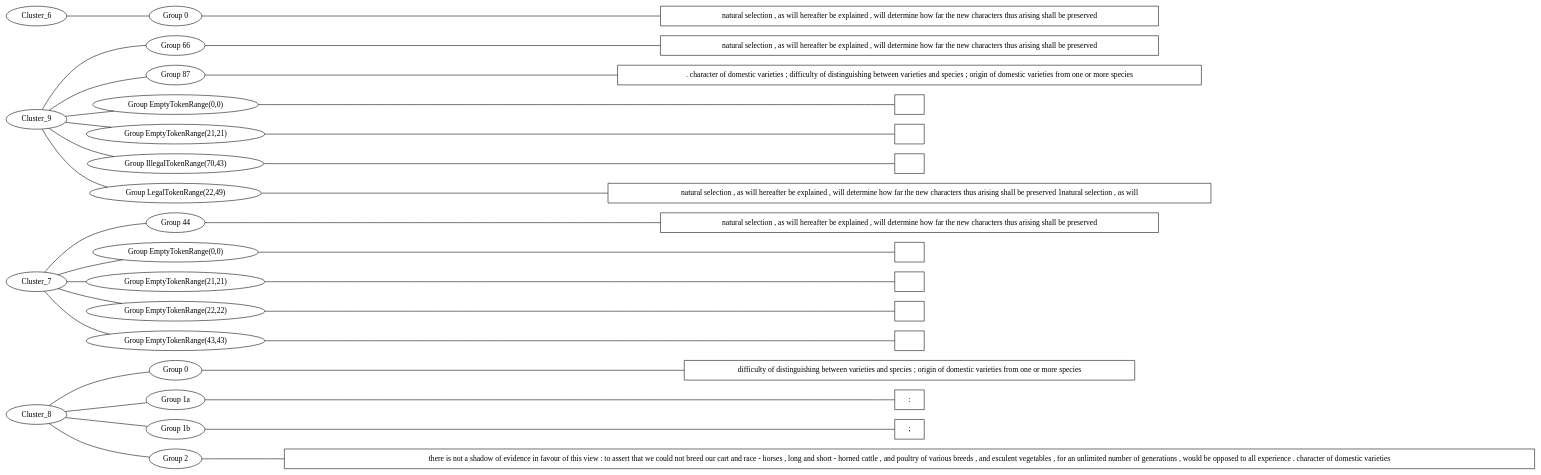
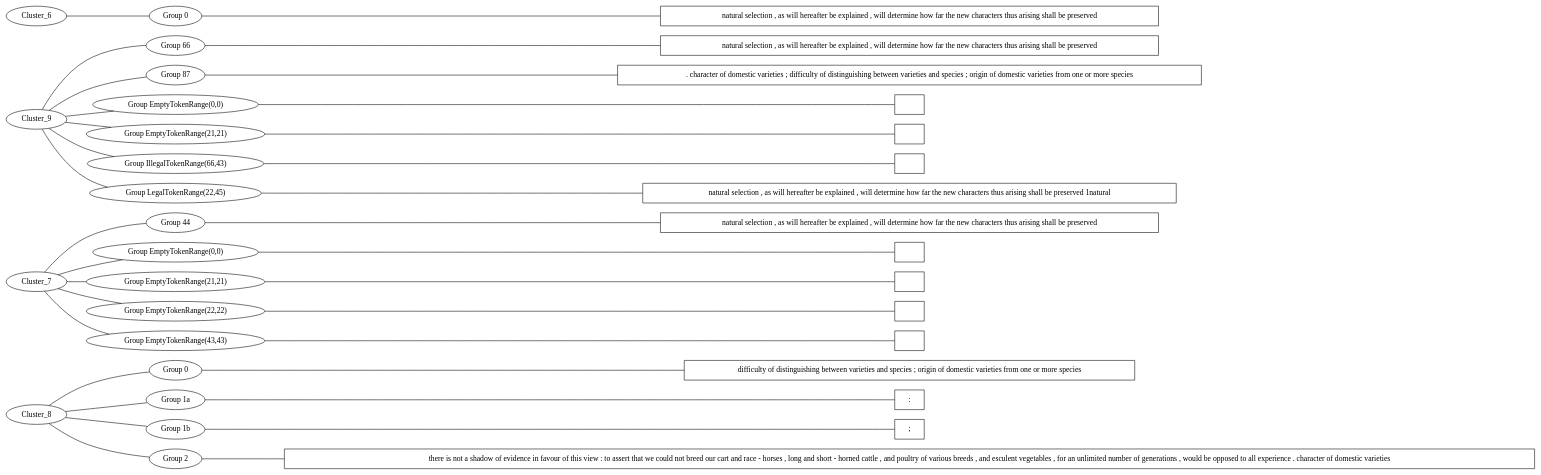
One commit to djbpitt/scala-graphing-sandbox changed the diagram in src/main/outputs/hypergraph.dot. Above: the diagram before and after it, drawn with Graphviz. The commit also changed 2 other files, not shown here.

Commit message:
Still debugging stupid empty token ranges

```diff
--- a/src/main/outputs/hypergraph.dot
+++ b/src/main/outputs/hypergraph.dot
@@ -1,67 +1,67 @@
 graph MyGraph {
 rankdir = LR
 "Cluster_8_2_reading" [shape=box label="there is not a shadow of evidence in favour of this view : to assert that we could not breed our cart and race - horses , long and short - horned cattle , and poultry of various breeds , and esculent vegetables , for an unlimited number of generations , would be opposed to all experience . character of domestic varieties "]
 "Cluster_8_1b_reading" [shape=box label="; "]
 "Cluster_8_1a_reading" [shape=box label=": "]
 "Cluster_8_0_reading" [shape=box label="difficulty of distinguishing between varieties and species ; origin of domestic varieties from one or more species "]
 "Cluster_8_0" [label="Group 0"]
 "Cluster_8_1a" [label="Group 1a"]
 "Cluster_8_1b" [label="Group 1b"]
 "Cluster_8_2" [label="Group 2"]
 "Cluster_8_2" -- "Cluster_8_2_reading"
 "Cluster_8_1b" -- "Cluster_8_1b_reading"
 "Cluster_8_1a" -- "Cluster_8_1a_reading"
 "Cluster_8_0" -- "Cluster_8_0_reading"
 Cluster_8 -- "Cluster_8_2"
 Cluster_8 -- "Cluster_8_1b"
 Cluster_8 -- "Cluster_8_1a"
 Cluster_8 -- "Cluster_8_0"
 "Cluster_7_EmptyTokenRange(43,43)_reading" [shape=box label=""]
 "Cluster_7_EmptyTokenRange(22,22)_reading" [shape=box label=""]
 "Cluster_7_EmptyTokenRange(21,21)_reading" [shape=box label=""]
 "Cluster_7_EmptyTokenRange(0,0)_reading" [shape=box label=""]
 "Cluster_7_44_reading" [shape=box label="natural selection , as will hereafter be explained , will determine how far the new characters thus arising shall be preserved "]
 "Cluster_7_44" [label="Group 44"]
 "Cluster_7_EmptyTokenRange(0,0)" [label="Group EmptyTokenRange(0,0)"]
 "Cluster_7_EmptyTokenRange(21,21)" [label="Group EmptyTokenRange(21,21)"]
 "Cluster_7_EmptyTokenRange(22,22)" [label="Group EmptyTokenRange(22,22)"]
 "Cluster_7_EmptyTokenRange(43,43)" [label="Group EmptyTokenRange(43,43)"]
 "Cluster_7_EmptyTokenRange(43,43)" -- "Cluster_7_EmptyTokenRange(43,43)_reading"
 "Cluster_7_EmptyTokenRange(22,22)" -- "Cluster_7_EmptyTokenRange(22,22)_reading"
 "Cluster_7_EmptyTokenRange(21,21)" -- "Cluster_7_EmptyTokenRange(21,21)_reading"
 "Cluster_7_EmptyTokenRange(0,0)" -- "Cluster_7_EmptyTokenRange(0,0)_reading"
 "Cluster_7_44" -- "Cluster_7_44_reading"
 Cluster_7 -- "Cluster_7_EmptyTokenRange(43,43)"
 Cluster_7 -- "Cluster_7_EmptyTokenRange(22,22)"
 Cluster_7 -- "Cluster_7_EmptyTokenRange(21,21)"
 Cluster_7 -- "Cluster_7_EmptyTokenRange(0,0)"
 Cluster_7 -- "Cluster_7_44"
-"Cluster_9_LegalTokenRange(22,49)_reading" [shape=box label="natural selection , as will hereafter be explained , will determine how far the new characters thus arising shall be preserved 1natural selection , as will "]
-"Cluster_9_IllegalTokenRange(70,43)_reading" [shape=box label=""]
+"Cluster_9_LegalTokenRange(22,45)_reading" [shape=box label="natural selection , as will hereafter be explained , will determine how far the new characters thus arising shall be preserved 1natural "]
+"Cluster_9_IllegalTokenRange(66,43)_reading" [shape=box label=""]
 "Cluster_9_EmptyTokenRange(21,21)_reading" [shape=box label=""]
 "Cluster_9_EmptyTokenRange(0,0)_reading" [shape=box label=""]
 "Cluster_9_87_reading" [shape=box label=". character of domestic varieties ; difficulty of distinguishing between varieties and species ; origin of domestic varieties from one or more species "]
 "Cluster_9_66_reading" [shape=box label="natural selection , as will hereafter be explained , will determine how far the new characters thus arising shall be preserved "]
 "Cluster_9_66" [label="Group 66"]
 "Cluster_9_87" [label="Group 87"]
 "Cluster_9_EmptyTokenRange(0,0)" [label="Group EmptyTokenRange(0,0)"]
 "Cluster_9_EmptyTokenRange(21,21)" [label="Group EmptyTokenRange(21,21)"]
-"Cluster_9_IllegalTokenRange(70,43)" [label="Group IllegalTokenRange(70,43)"]
-"Cluster_9_LegalTokenRange(22,49)" [label="Group LegalTokenRange(22,49)"]
-"Cluster_9_LegalTokenRange(22,49)" -- "Cluster_9_LegalTokenRange(22,49)_reading"
-"Cluster_9_IllegalTokenRange(70,43)" -- "Cluster_9_IllegalTokenRange(70,43)_reading"
+"Cluster_9_IllegalTokenRange(66,43)" [label="Group IllegalTokenRange(66,43)"]
+"Cluster_9_LegalTokenRange(22,45)" [label="Group LegalTokenRange(22,45)"]
+"Cluster_9_LegalTokenRange(22,45)" -- "Cluster_9_LegalTokenRange(22,45)_reading"
+"Cluster_9_IllegalTokenRange(66,43)" -- "Cluster_9_IllegalTokenRange(66,43)_reading"
 "Cluster_9_EmptyTokenRange(21,21)" -- "Cluster_9_EmptyTokenRange(21,21)_reading"
 "Cluster_9_EmptyTokenRange(0,0)" -- "Cluster_9_EmptyTokenRange(0,0)_reading"
 "Cluster_9_87" -- "Cluster_9_87_reading"
 "Cluster_9_66" -- "Cluster_9_66_reading"
-Cluster_9 -- "Cluster_9_LegalTokenRange(22,49)"
-Cluster_9 -- "Cluster_9_IllegalTokenRange(70,43)"
+Cluster_9 -- "Cluster_9_LegalTokenRange(22,45)"
+Cluster_9 -- "Cluster_9_IllegalTokenRange(66,43)"
 Cluster_9 -- "Cluster_9_EmptyTokenRange(21,21)"
 Cluster_9 -- "Cluster_9_EmptyTokenRange(0,0)"
 Cluster_9 -- "Cluster_9_87"
 Cluster_9 -- "Cluster_9_66"
 "Cluster_6_0_reading" [shape=box label="natural selection , as will hereafter be explained , will determine how far the new characters thus arising shall be preserved "]
 "Cluster_6_0" [label="Group 0"]
 "Cluster_6_0" -- "Cluster_6_0_reading"
 Cluster_6 -- "Cluster_6_0"
 }
```
